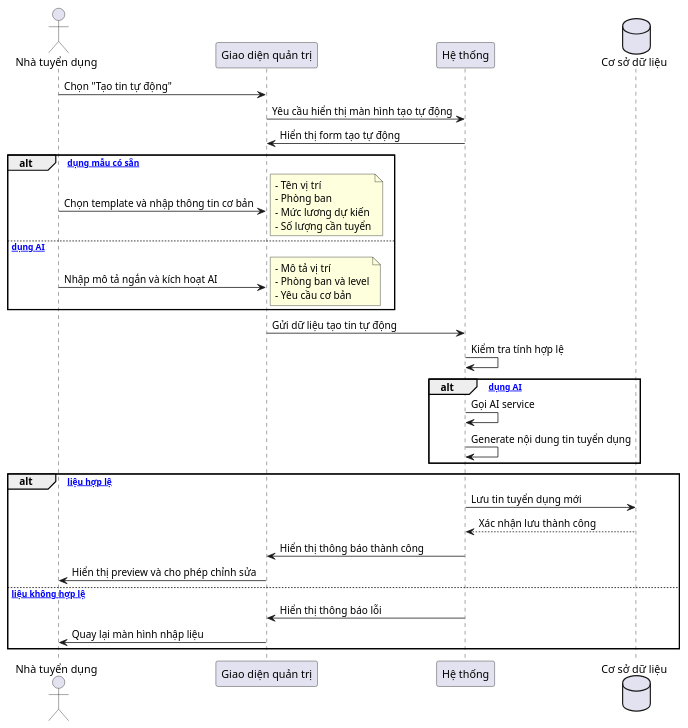
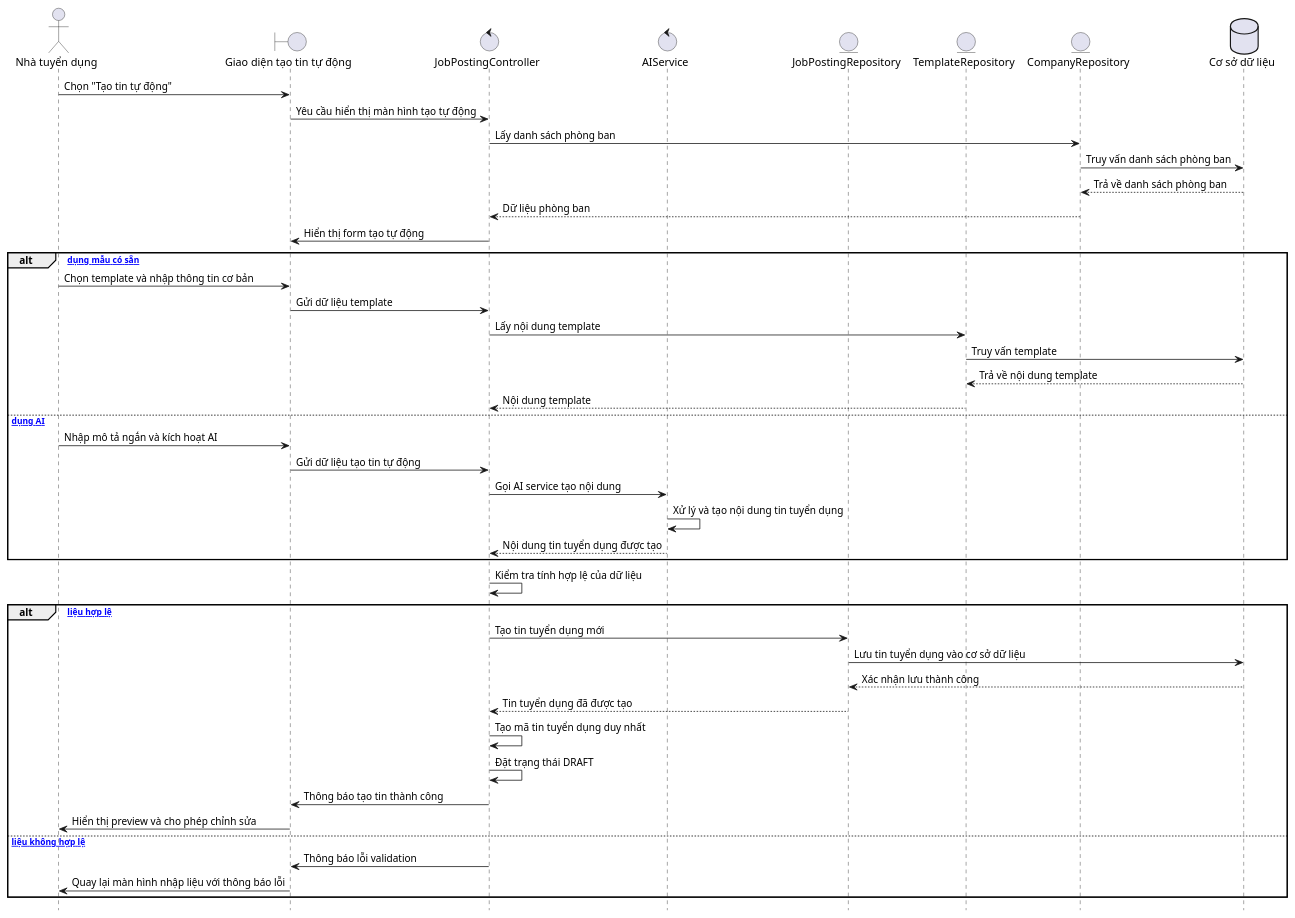
Before and after one commit to felix-253/TechLeet-server: the diagram in sequence/UC-03/UC-03-simple-sequence.wsd, drawn with PlantUML. The commit also changed 20 other files, not shown here.

Commit message:
document: flow screen cv and suggest cv

```diff
--- a/sequence/UC-03/UC-03-simple-sequence.wsd
+++ b/sequence/UC-03/UC-03-simple-sequence.wsd
@@ -1,47 +1,56 @@
 @startuml UC-03: Tạo tin tuyển dụng tự động
+hide footbox
+skinparam ParticipantPadding 10
+skinparam BoxPadding 5
 
-actor "Nhà tuyển dụng" as HM
-participant "Giao diện quản trị" as FE
-participant "Hệ thống" as System
-database "Cơ sở dữ liệu" as DB
+actor "Nhà tuyển dụng" as HiringManager
+boundary "Giao diện tạo tin tự động" as AutoJobUI
+control "JobPostingController" as JobPostingController
+control "AIService" as AIService
+entity "JobPostingRepository" as JobPostingRepo
+entity "TemplateRepository" as TemplateRepo
+entity "CompanyRepository" as CompanyRepo
+database "Cơ sở dữ liệu" as Database
 
-HM -> FE: Chọn "Tạo tin tự động"
-FE -> System: Yêu cầu hiển thị màn hình tạo tự động
-System -> FE: Hiển thị form tạo tự động
+HiringManager -> AutoJobUI: Chọn "Tạo tin tự động"
+AutoJobUI -> JobPostingController: Yêu cầu hiển thị màn hình tạo tự động
+JobPostingController -> CompanyRepo: Lấy danh sách phòng ban
+CompanyRepo -> Database: Truy vấn danh sách phòng ban
+Database --> CompanyRepo: Trả về danh sách phòng ban
+CompanyRepo --> JobPostingController: Dữ liệu phòng ban
+JobPostingController -> AutoJobUI: Hiển thị form tạo tự động
 
 alt [Sử dụng mẫu có sẵn]
-    HM -> FE: Chọn template và nhập thông tin cơ bản
-    note right
-      - Tên vị trí
-      - Phòng ban
-      - Mức lương dự kiến
-      - Số lượng cần tuyển
-    end note
+    HiringManager -> AutoJobUI: Chọn template và nhập thông tin cơ bản
+    AutoJobUI -> JobPostingController: Gửi dữ liệu template
+    JobPostingController -> TemplateRepo: Lấy nội dung template
+    TemplateRepo -> Database: Truy vấn template
+    Database --> TemplateRepo: Trả về nội dung template
+    TemplateRepo --> JobPostingController: Nội dung template
 else [Sử dụng AI]
-    HM -> FE: Nhập mô tả ngắn và kích hoạt AI
-    note right
-      - Mô tả vị trí
-      - Phòng ban và level
-      - Yêu cầu cơ bản
-    end note
+    HiringManager -> AutoJobUI: Nhập mô tả ngắn và kích hoạt AI
+    AutoJobUI -> JobPostingController: Gửi dữ liệu tạo tin tự động
+    JobPostingController -> AIService: Gọi AI service tạo nội dung
+    AIService -> AIService: Xử lý và tạo nội dung tin tuyển dụng
+    AIService --> JobPostingController: Nội dung tin tuyển dụng được tạo
 end
 
-FE -> System: Gửi dữ liệu tạo tin tự động
-System -> System: Kiểm tra tính hợp lệ
-
-alt [Sử dụng AI]
-    System -> System: Gọi AI service
-    System -> System: Generate nội dung tin tuyển dụng
-end
+JobPostingController -> JobPostingController: Kiểm tra tính hợp lệ của dữ liệu
 
 alt [Dữ liệu hợp lệ]
-    System -> DB: Lưu tin tuyển dụng mới
-    DB --> System: Xác nhận lưu thành công
-    System -> FE: Hiển thị thông báo thành công
-    FE -> HM: Hiển thị preview và cho phép chỉnh sửa
+    JobPostingController -> JobPostingRepo: Tạo tin tuyển dụng mới
+    JobPostingRepo -> Database: Lưu tin tuyển dụng vào cơ sở dữ liệu
+    Database --> JobPostingRepo: Xác nhận lưu thành công
+    JobPostingRepo --> JobPostingController: Tin tuyển dụng đã được tạo
+    
+    JobPostingController -> JobPostingController: Tạo mã tin tuyển dụng duy nhất
+    JobPostingController -> JobPostingController: Đặt trạng thái DRAFT
+    
+    JobPostingController -> AutoJobUI: Thông báo tạo tin thành công
+    AutoJobUI -> HiringManager: Hiển thị preview và cho phép chỉnh sửa
 else [Dữ liệu không hợp lệ]
-    System -> FE: Hiển thị thông báo lỗi
-    FE -> HM: Quay lại màn hình nhập liệu
+    JobPostingController -> AutoJobUI: Thông báo lỗi validation
+    AutoJobUI -> HiringManager: Quay lại màn hình nhập liệu với thông báo lỗi
 end
 
 @enduml
```
